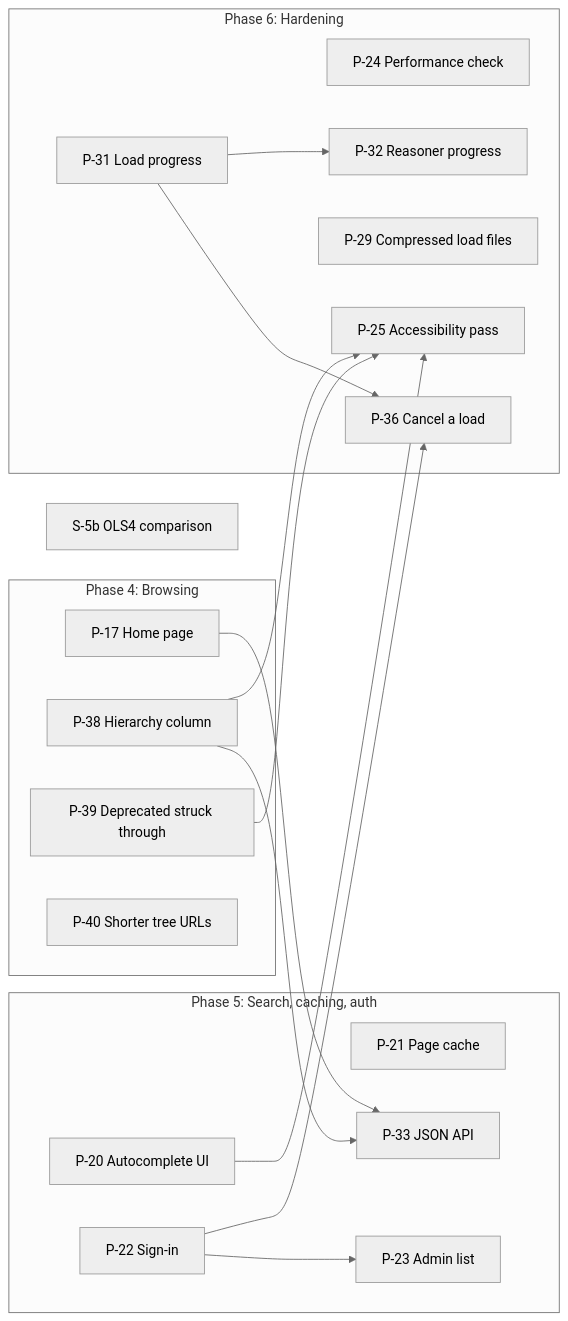
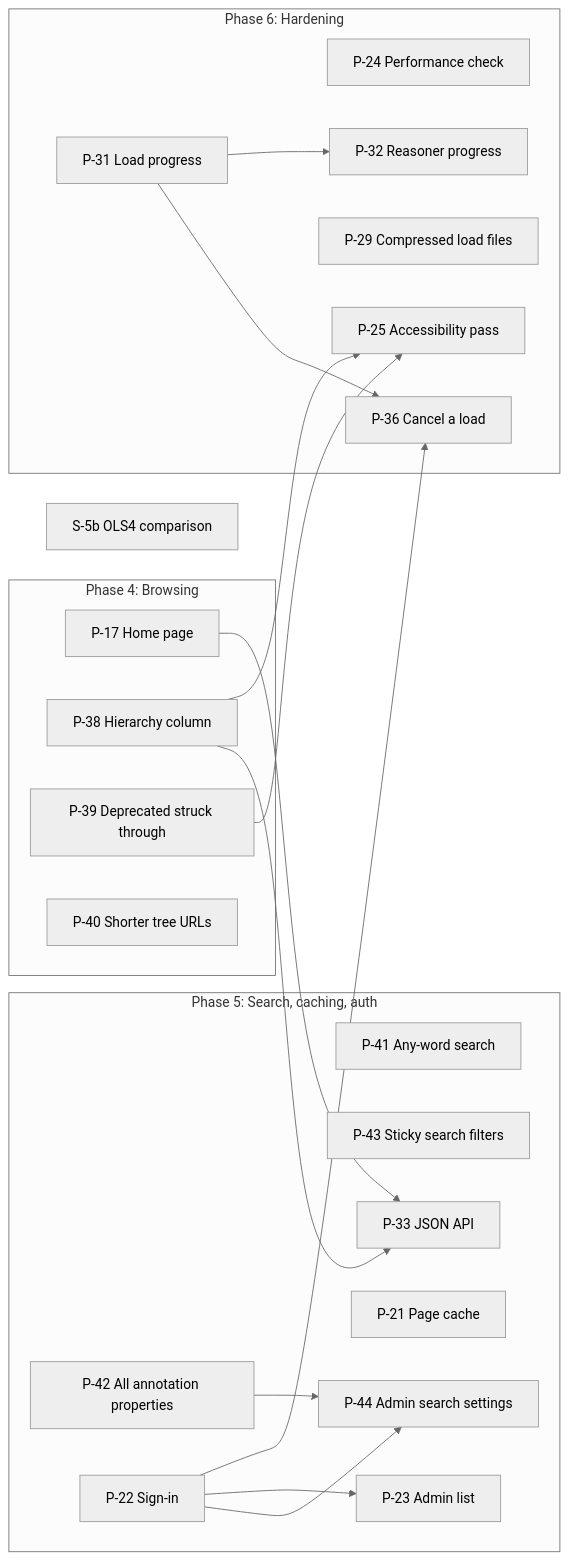
One commit to jclerman/browl changed the diagram in docs/DESIGN.md. Above: the diagram before and after it, drawn with Mermaid (neutral theme). The commit also changed other lines of this file, not shown here.

First line of the commit message:
Design: wider search, sticky filters, admin search settings (P-41–P-44) (#130)

````diff
--- a/docs/DESIGN.md
+++ b/docs/DESIGN.md
@@ -1734,31 +1797,35 @@
 ```mermaid
 flowchart LR
     subgraph P4["Phase 4: Browsing"]
         P17["P-17 Home page"]
         P38["P-38 Hierarchy column"]
         P39["P-39 Deprecated struck through"]
         P40["P-40 Shorter tree URLs"]
     end
     subgraph P5["Phase 5: Search, caching, auth"]
-        P20["P-20 Autocomplete UI"]
+        P41["P-41 Any-word search"]
+        P42["P-42 All annotation properties"]
+        P43["P-43 Sticky search filters"]
+        P44["P-44 Admin search settings"]
         P21["P-21 Page cache"]
         P22["P-22 Sign-in"]
         P23["P-23 Admin list"]
         P33["P-33 JSON API"]
     end
     subgraph P6["Phase 6: Hardening"]
         P24["P-24 Performance check"]
         P25["P-25 Accessibility pass"]
         P29["P-29 Compressed load files"]
         P31["P-31 Load progress"]
         P32["P-32 Reasoner progress"]
         P36["P-36 Cancel a load"]
     end
     S5b["S-5b OLS4 comparison"]
 
     P17 & P38 --> P33
-    P20 & P38 & P39 --> P25
+    P38 & P39 --> P25
+    P22 & P42 --> P44
     P22 --> P23
     P22 & P31 --> P36
     P31 --> P32
 ```
````
